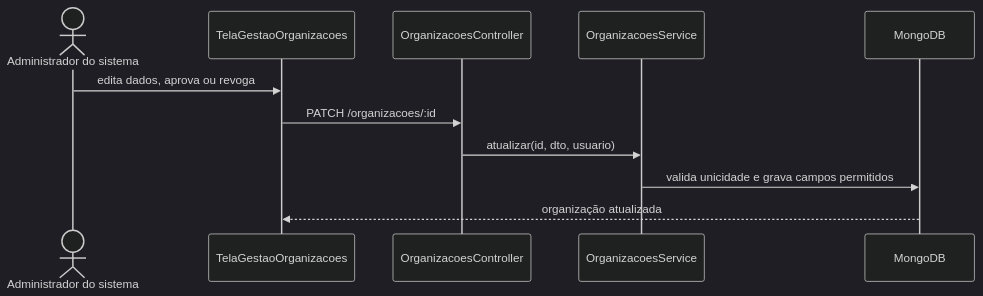
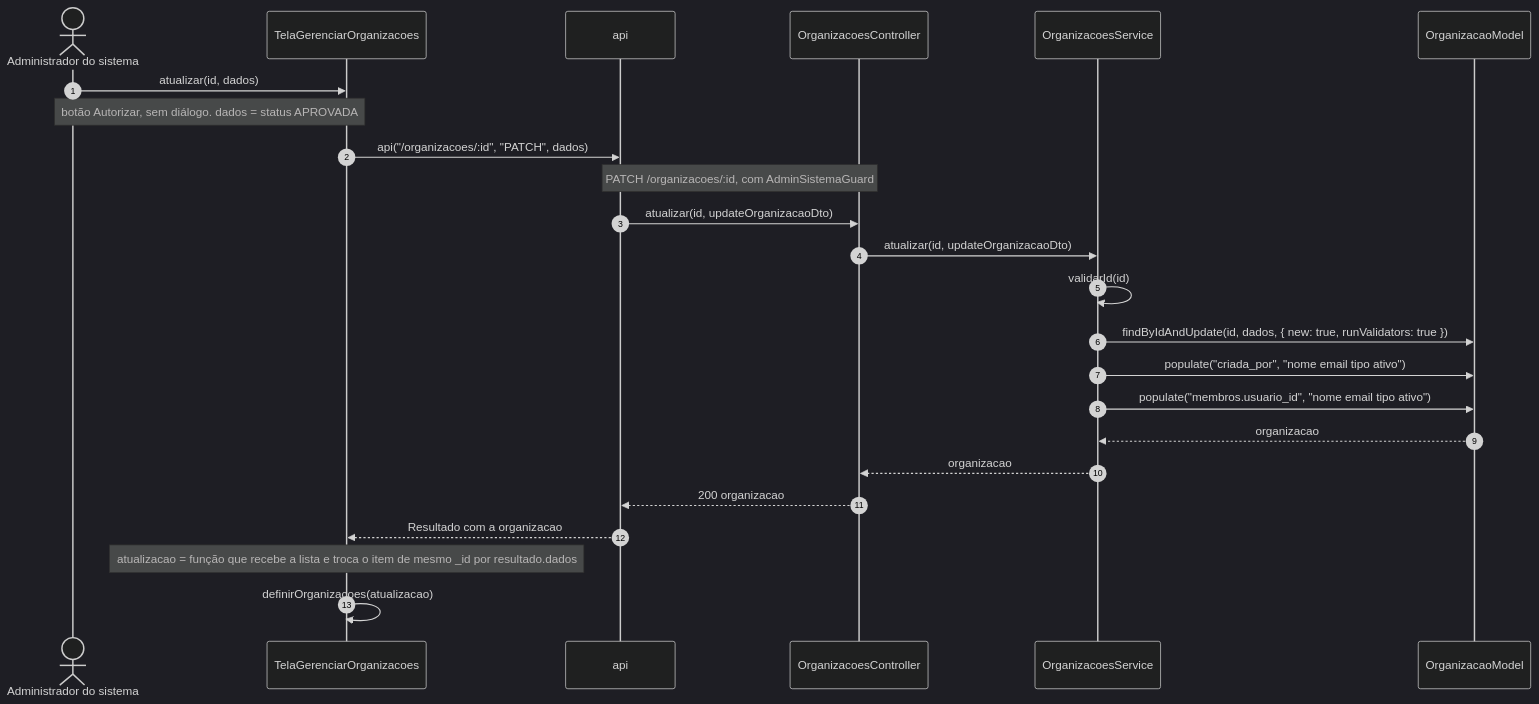
Before and after one commit to Conecta-IFSP/DOCUMENTATION: the fourth of 15 diagrams in 2 - Incremento1/cadastro-organizacao/6 - diagramas-sequencia-cadastro-organizacao.md, drawn with Mermaid (dark theme). The commit also changed other lines of this file and 54 other files, not shown here.

````diff
--- a/2 - Incremento1/cadastro-organizacao/6 - diagramas-sequencia-cadastro-organizacao.md
+++ b/2 - Incremento1/cadastro-organizacao/6 - diagramas-sequencia-cadastro-organizacao.md
@@ -46,13 +128,26 @@
 ```mermaid
 sequenceDiagram
-    actor A as Administrador do sistema
-    participant T as TelaGestaoOrganizacoes
+    autonumber
+    actor U as Administrador do sistema
+    participant T as TelaGerenciarOrganizacoes
+    participant A as api
     participant C as OrganizacoesController
     participant S as OrganizacoesService
-    participant DB as MongoDB
-    A->>T: edita dados, aprova ou revoga
-    T->>C: PATCH /organizacoes/:id
-    C->>S: atualizar(id, dto, usuario)
-    S->>DB: valida unicidade e grava campos permitidos
-    DB-->>T: organização atualizada
+    participant M as OrganizacaoModel
+    U->>T: atualizar(id, dados)
+    Note over U,T: botão Autorizar, sem diálogo. dados = status APROVADA
+    T->>A: api("/organizacoes/:id", "PATCH", dados)
+    Note over A,C: PATCH /organizacoes/:id, com AdminSistemaGuard
+    A->>C: atualizar(id, updateOrganizacaoDto)
+    C->>S: atualizar(id, updateOrganizacaoDto)
+    S->>S: validarId(id)
+    S->>M: findByIdAndUpdate(id, dados, { new: true, runValidators: true })
+    S->>M: populate("criada_por", "nome email tipo ativo")
+    S->>M: populate("membros.usuario_id", "nome email tipo ativo")
+    M-->>S: organizacao
+    S-->>C: organizacao
+    C-->>A: 200 organizacao
+    A-->>T: Resultado com a organizacao
+    Note over T: atualizacao = função que recebe a lista e troca o item de mesmo _id por resultado.dados
+    T->>T: definirOrganizacoes(atualizacao)
 ```
````
